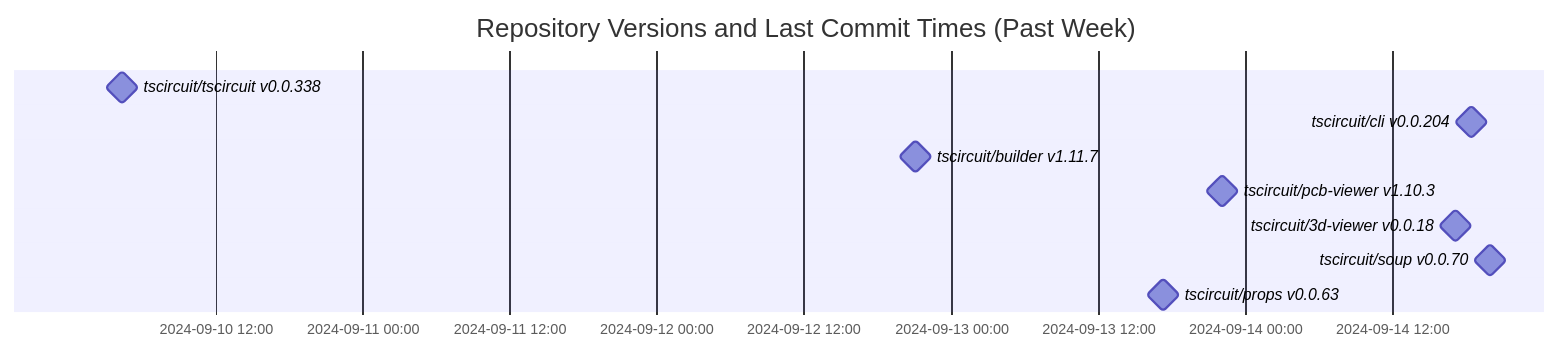
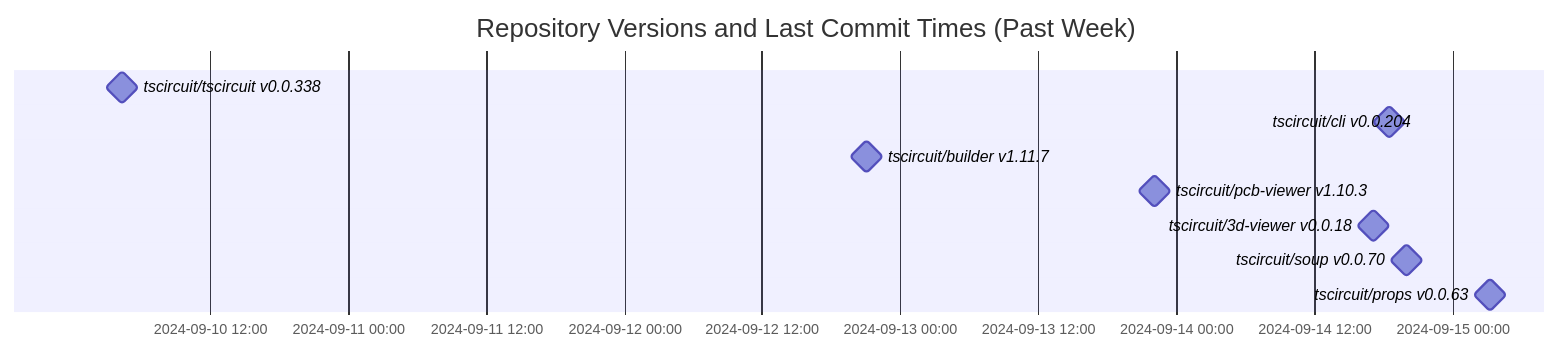
One commit to tscircuit/version-tracker changed the diagram in README.md. Above: the diagram before and after it, drawn with Mermaid.

Commit message:
Update chart

````diff
--- a/README.md
+++ b/README.md
@@ -1,14 +1,14 @@
 ```mermaid
 gantt
   dateFormat  YYYY-MM-DD HH:mm:ss
   title Repository Versions and Last Commit Times (Past Week)
   axisFormat %Y-%m-%d %H:%M
 
   tscircuit/tscircuit v0.0.338 : milestone, 2024-09-10 04:23:10, 1s
   tscircuit/cli v0.0.204 : milestone, 2024-09-14 18:29:47, 1s
   tscircuit/builder v1.11.7 : milestone, 2024-09-12 21:03:51, 1s
   tscircuit/pcb-viewer v1.10.3 : milestone, 2024-09-13 22:06:50, 1s
   tscircuit/3d-viewer v0.0.18 : milestone, 2024-09-14 17:06:37, 1s
   tscircuit/soup v0.0.70 : milestone, 2024-09-14 19:58:16, 1s
-  tscircuit/props v0.0.63 : milestone, 2024-09-13 17:18:44, 1s
+  tscircuit/props v0.0.63 : milestone, 2024-09-15 03:15:19, 1s
 ```
````
